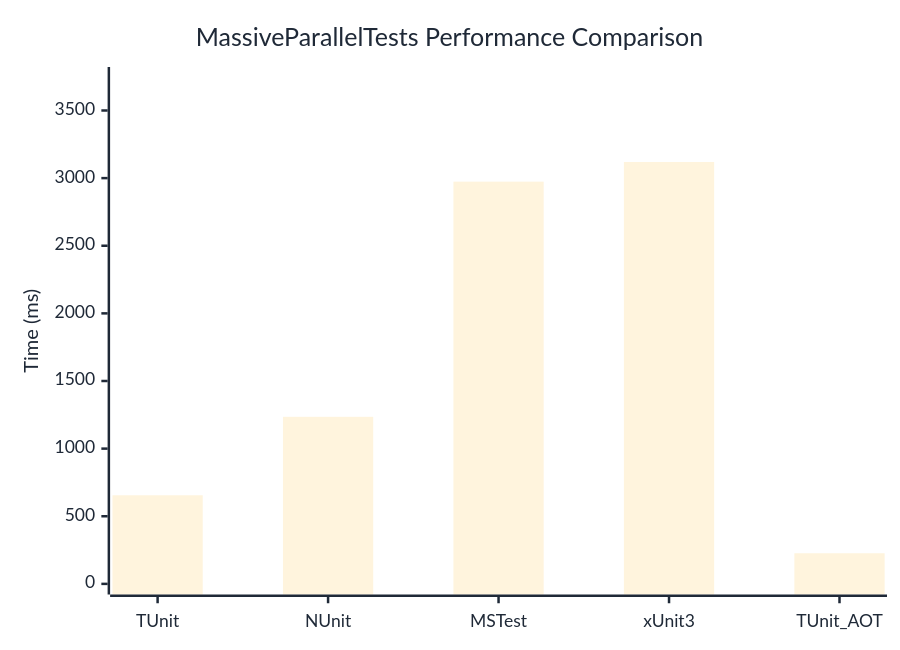
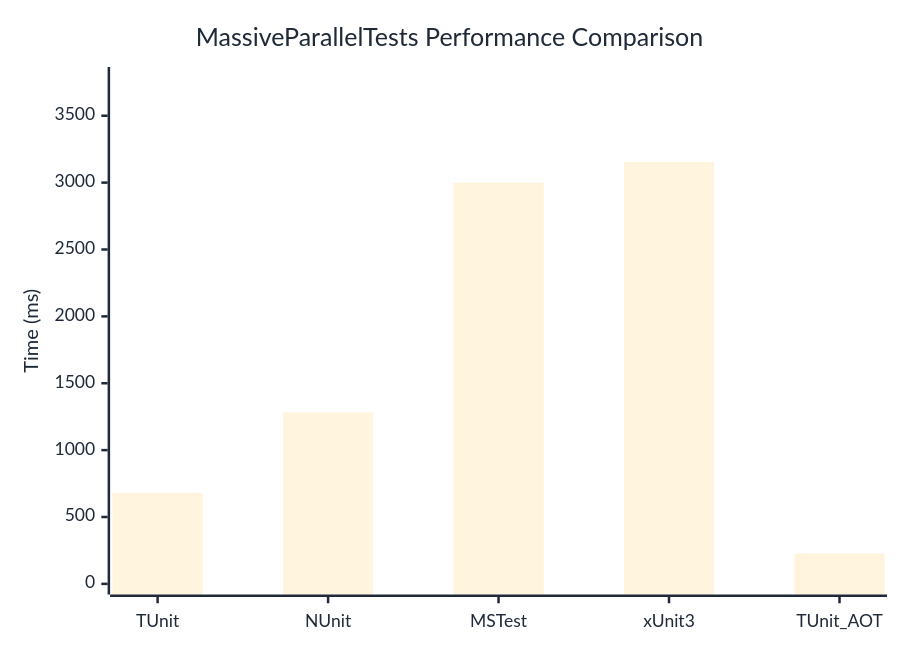
The diagram in docs/docs/benchmarks/MassiveParallelTests.md (thomhurst/TUnit), drawn with Mermaid before and after one commit. The commit also changed other lines of this file and 17 other files, not shown here.

````diff
--- a/docs/docs/benchmarks/MassiveParallelTests.md
+++ b/docs/docs/benchmarks/MassiveParallelTests.md
@@ -27,37 +27,37 @@
 ```mermaid
 %%{init: {
   'theme':'base',
   'themeVariables': {
     'primaryColor': '#2563eb',
     'primaryTextColor': '#1f2937',
     'primaryBorderColor': '#1e40af',
     'lineColor': '#6b7280',
     'secondaryColor': '#7c3aed',
     'tertiaryColor': '#dc2626',
     'background': '#ffffff',
     'mainBkg': '#2563eb',
     'secondBkg': '#7c3aed',
     'tertiaryBkg': '#dc2626',
     'clusterBkg': '#f3f4f6',
     'edgeLabelBackground': '#ffffff',
     'tertiaryTextColor': '#1f2937',
     'pie1': '#2563eb',
     'pie2': '#7c3aed',
     'pie3': '#dc2626',
     'pie4': '#f59e0b',
     'pie5': '#10b981',
     'pie6': '#06b6d4',
     'pie7': '#ec4899',
     'pie8': '#6366f1',
     'pie9': '#84cc16',
     'pie10': '#f97316',
     'pie11': '#14b8a6',
     'pie12': '#a855f7'
   }
 }}%%
 xychart-beta
   title "MassiveParallelTests Performance Comparison"
   x-axis ["TUnit", "NUnit", "MSTest", "xUnit3", "TUnit_AOT"]
-  y-axis "Time (ms)" 0 --> 3743
-  bar [655, 1235.2, 2973.8, 3119.1, 226.4]
+  y-axis "Time (ms)" 0 --> 3785
+  bar [679.9, 1281.5, 2999.4, 3154, 227]
 ```
````
